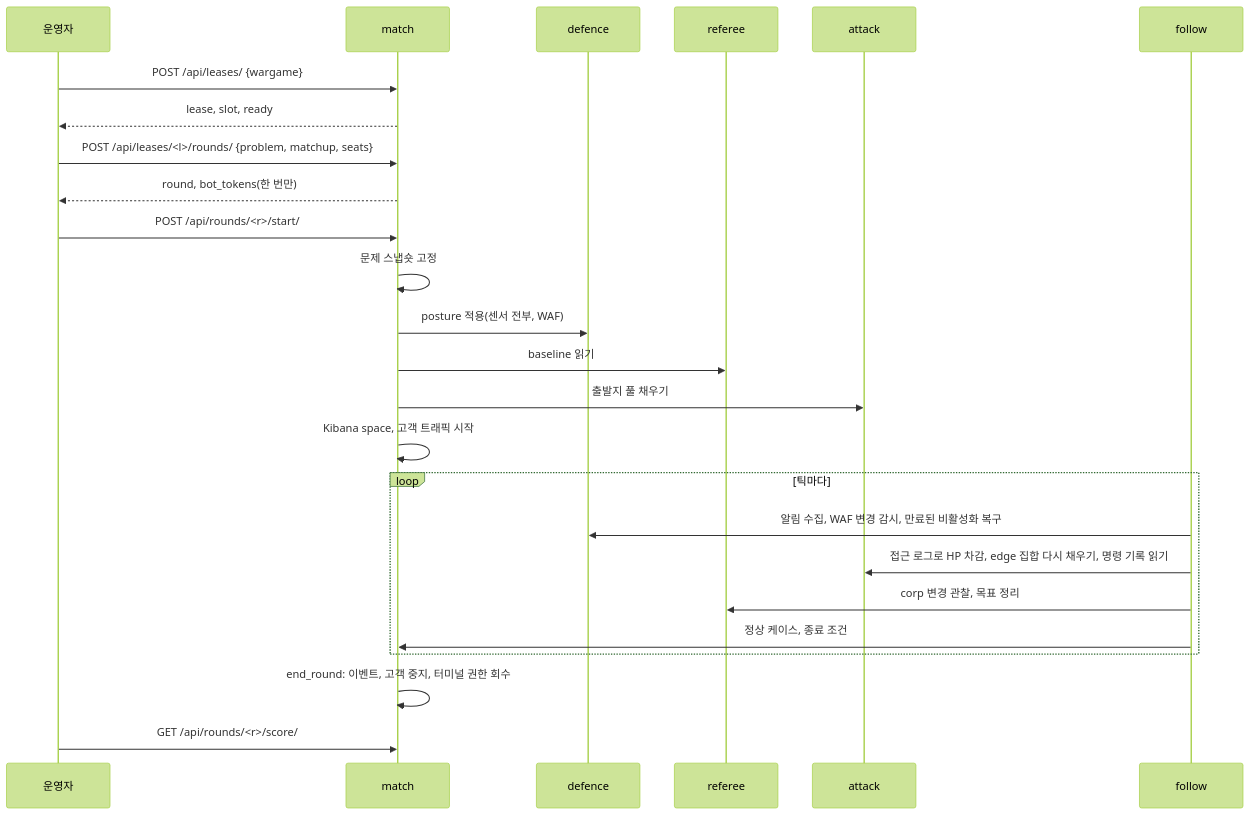
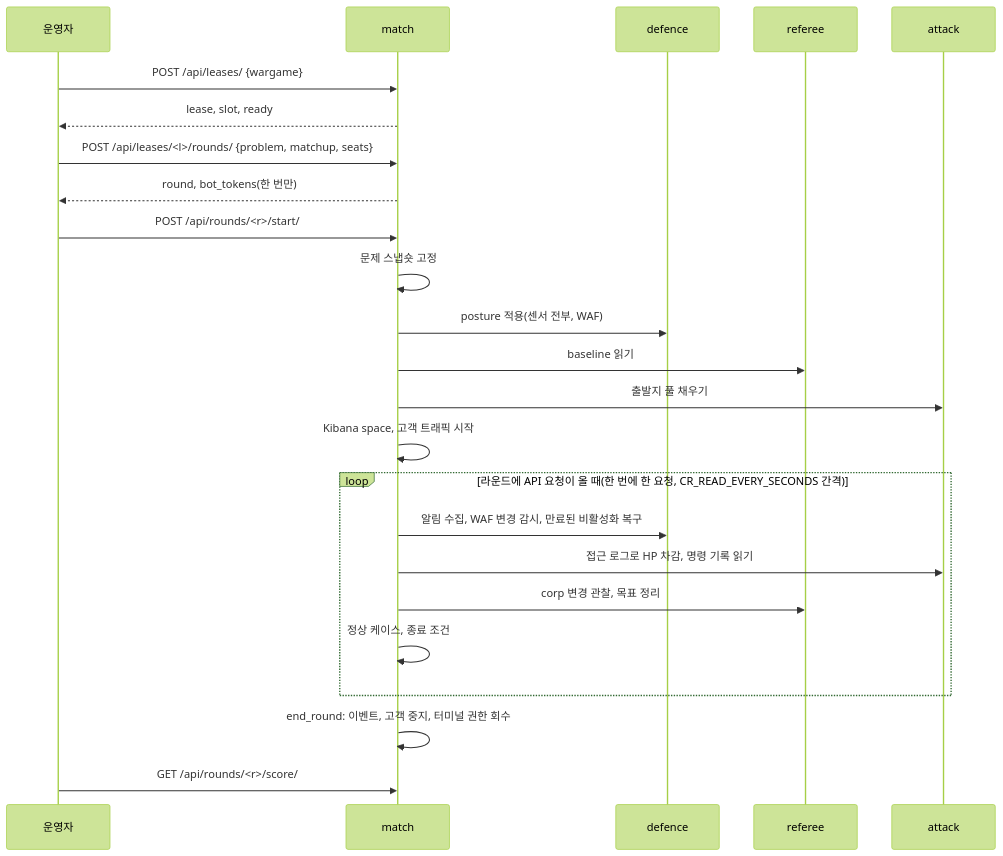
One commit to Nekonic/fsl-project-mvp changed the diagram in docs/ARCHITECTURE.md. Above: the diagram before and after it, drawn with Mermaid (forest theme). The commit also changed other lines of this file and 34 other files, not shown here.

````diff
--- a/docs/ARCHITECTURE.md
+++ b/docs/ARCHITECTURE.md
@@ -204,27 +204,26 @@
 ```mermaid
 sequenceDiagram
   participant O as 운영자
   participant M as match
   participant D as defence
   participant R as referee
   participant A as attack
-  participant F as follow
   O->>M: POST /api/leases/ {wargame}
   M-->>O: lease, slot, ready
   O->>M: POST /api/leases/<l>/rounds/ {problem, matchup, seats}
   M-->>O: round, bot_tokens(한 번만)
   O->>M: POST /api/rounds/<r>/start/
   M->>M: 문제 스냅숏 고정
   M->>D: posture 적용(센서 전부, WAF)
   M->>R: baseline 읽기
   M->>A: 출발지 풀 채우기
   M->>M: Kibana space, 고객 트래픽 시작
-  loop 틱마다
-    F->>D: 알림 수집, WAF 변경 감시, 만료된 비활성화 복구
-    F->>A: 접근 로그로 HP 차감, edge 집합 다시 채우기, 명령 기록 읽기
-    F->>R: corp 변경 관찰, 목표 정리
-    F->>M: 정상 케이스, 종료 조건
+  loop 라운드에 API 요청이 올 때(한 번에 한 요청, CR_READ_EVERY_SECONDS 간격)
+    M->>D: 알림 수집, WAF 변경 감시, 만료된 비활성화 복구
+    M->>A: 접근 로그로 HP 차감, 명령 기록 읽기
+    M->>R: corp 변경 관찰, 목표 정리
+    M->>M: 정상 케이스, 종료 조건
   end
   M->>M: end_round: 이벤트, 고객 중지, 터미널 권한 회수
   O->>M: GET /api/rounds/<r>/score/
 ```
````
